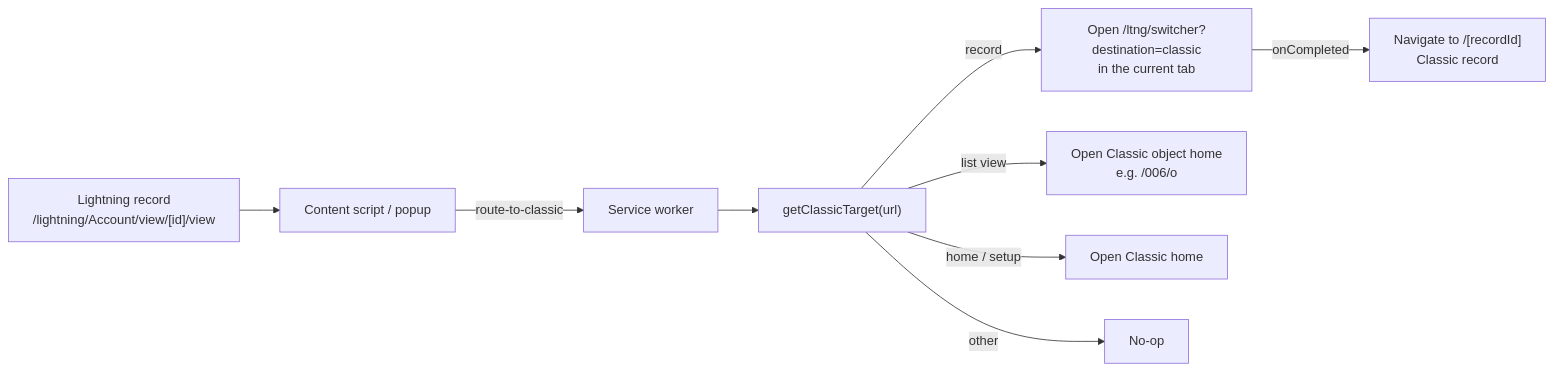
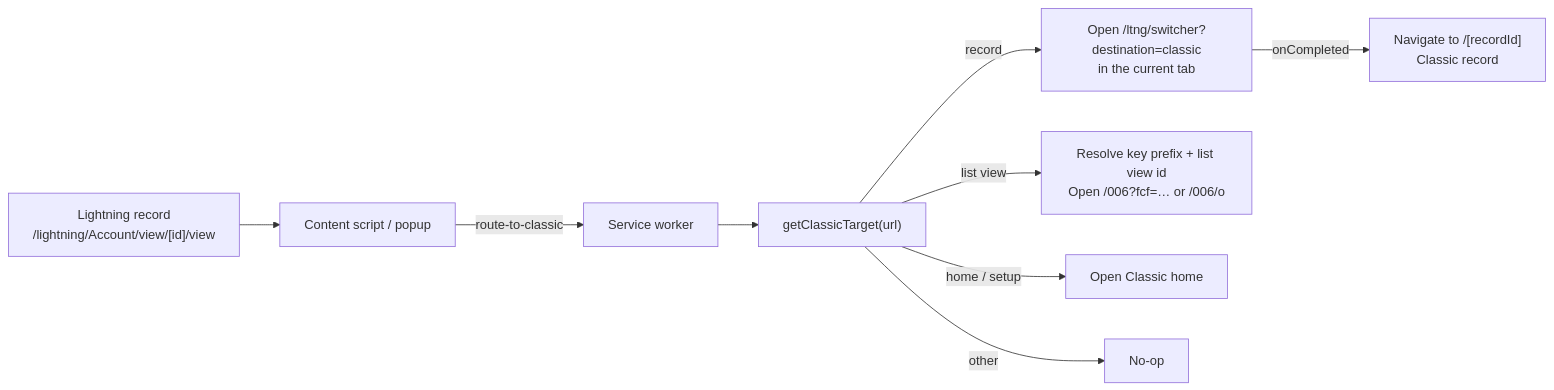
Before and after one commit to selegic/switch-to-classic: the diagram in README.md, drawn with Mermaid. The commit also changed other lines of this file and 25 other files, not shown here.

````diff
--- a/README.md
+++ b/README.md
@@ -62,11 +66,11 @@
 ```mermaid
 flowchart LR
     A["Lightning record<br/>/lightning/Account/view/[id]/view"] --> B["Content script / popup"]
     B -->|"route-to-classic"| C["Service worker"]
     C --> D["getClassicTarget(url)"]
     D -->|record| E["Open /ltng/switcher?destination=classic<br/>in the current tab"]
     E -->|"onCompleted"| F["Navigate to /[recordId]<br/>Classic record"]
-    D -->|list view| I["Open Classic object home<br/>e.g. /006/o"]
+    D -->|list view| I["Resolve key prefix + list view id<br/>Open /006?fcf=… or /006/o"]
     D -->|home / setup| G["Open Classic home"]
     D -->|other| H["No-op"]
 ```
````
